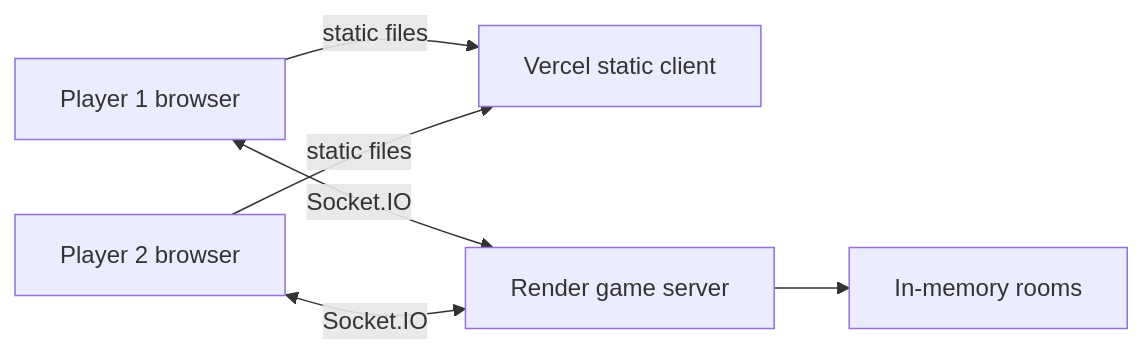
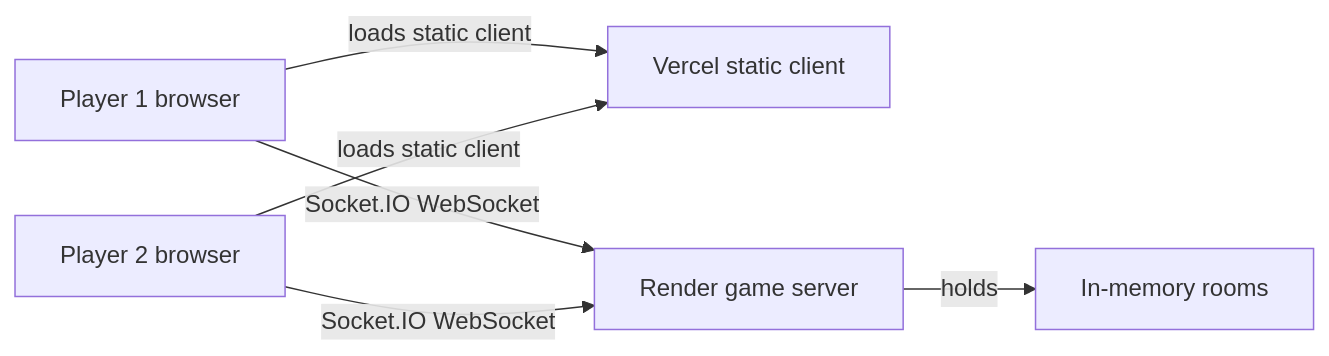
One commit to TanayKashyap/puzzle-of-us changed the diagram in README.md. Above: the diagram before and after it, drawn with Mermaid.

Commit message:
Fix README mermaid diagram

````diff
--- a/README.md
+++ b/README.md
@@ -43,8 +43,8 @@
 ```mermaid
 flowchart LR
-  PlayerA[Player 1 browser] -->|static files| Vercel[Vercel static client]
-  PlayerB[Player 2 browser] -->|static files| Vercel
-  PlayerA <-->|Socket.IO| Render[Render game server]
-  PlayerB <-->|Socket.IO| Render
-  Render --> Rooms[In-memory rooms]
+  P1["Player 1 browser"] -->|"loads static client"| Vercel["Vercel static client"]
+  P2["Player 2 browser"] -->|"loads static client"| Vercel
+  P1 -->|"Socket.IO WebSocket"| Server["Render game server"]
+  P2 -->|"Socket.IO WebSocket"| Server
+  Server -->|"holds"| Rooms["In-memory rooms"]
 ```
````
